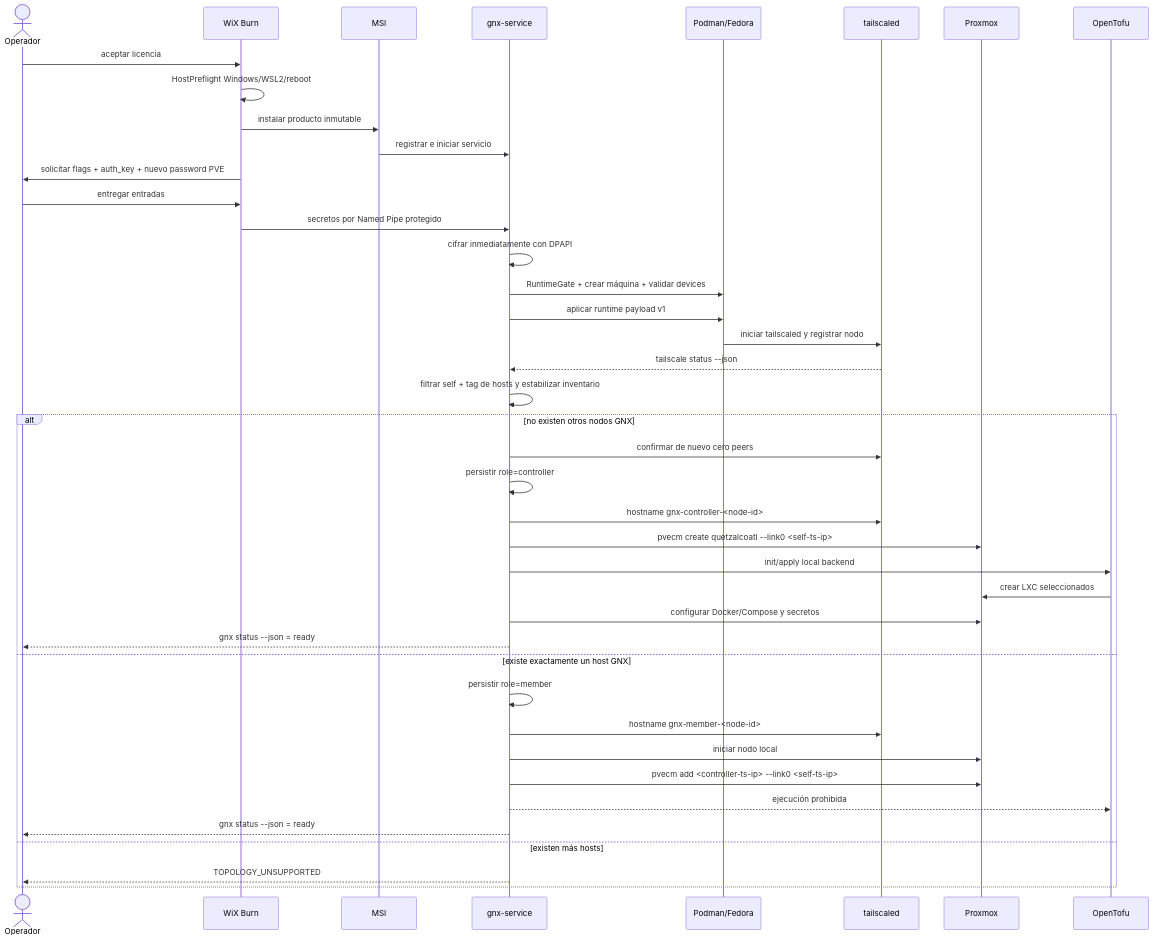
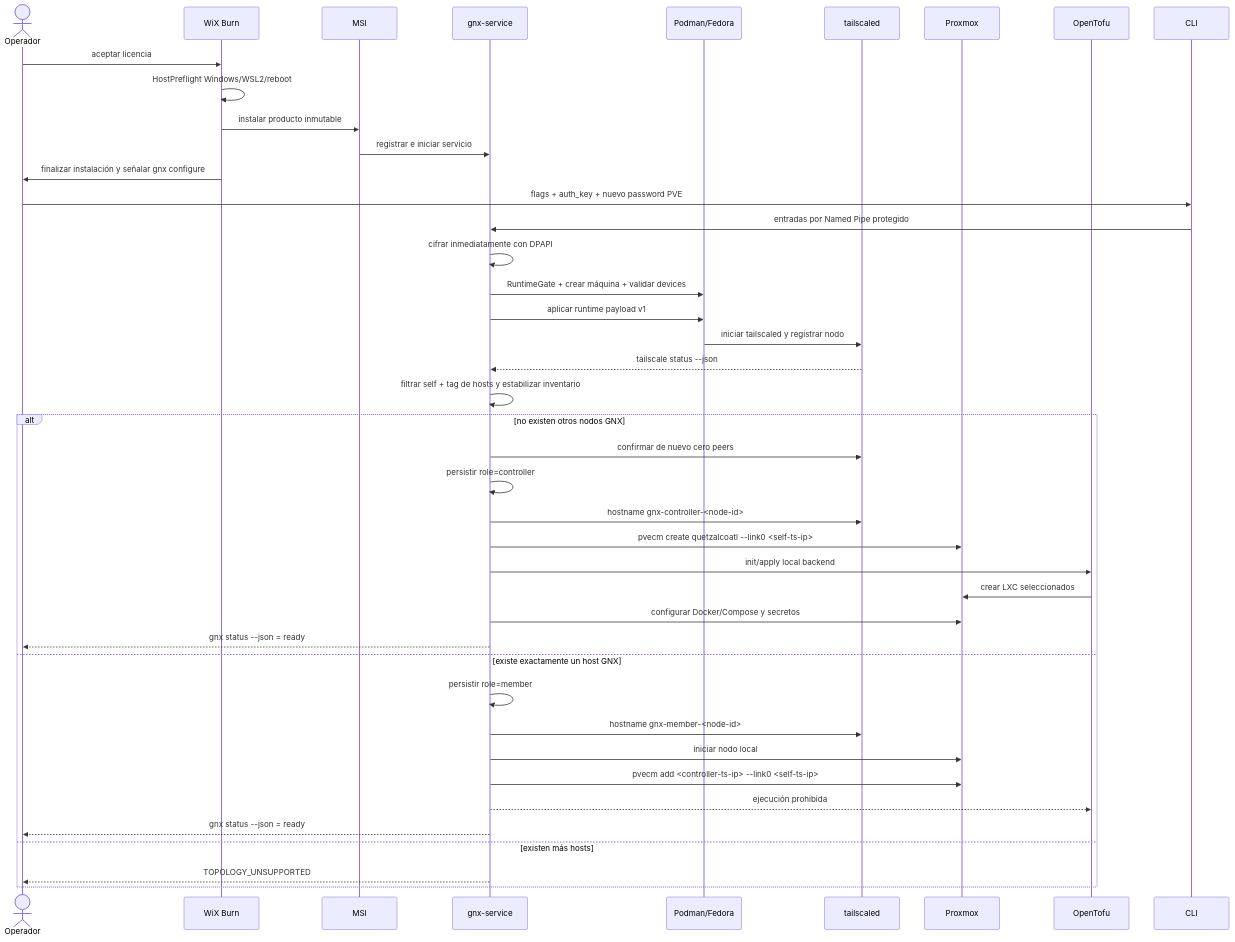
One commit to mayas-alas/quetzalcoatl changed the third of 5 diagrams in docs/ARCHITECTURE.md. Above: the diagram before and after it, drawn with Mermaid. The commit also changed other lines of this file and 1 other file, not shown here.

````diff
--- a/docs/ARCHITECTURE.md
+++ b/docs/ARCHITECTURE.md
@@ -237,45 +237,45 @@
 ```mermaid
 sequenceDiagram
     actor Operator as Operador
     participant Burn as WiX Burn
     participant MSI as MSI
     participant Service as gnx-service
     participant Machine as Podman/Fedora
     participant TS as tailscaled
     participant PVE as Proxmox
     participant Tofu as OpenTofu
 
     Operator->>Burn: aceptar licencia
     Burn->>Burn: HostPreflight Windows/WSL2/reboot
     Burn->>MSI: instalar producto inmutable
     MSI->>Service: registrar e iniciar servicio
-    Burn->>Operator: solicitar flags + auth_key + nuevo password PVE
-    Operator->>Burn: entregar entradas
-    Burn->>Service: secretos por Named Pipe protegido
+    Burn->>Operator: finalizar instalación y señalar gnx configure
+    Operator->>CLI: flags + auth_key + nuevo password PVE
+    CLI->>Service: entradas por Named Pipe protegido
     Service->>Service: cifrar inmediatamente con DPAPI
     Service->>Machine: RuntimeGate + crear máquina + validar devices
     Service->>Machine: aplicar runtime payload v1
     Machine->>TS: iniciar tailscaled y registrar nodo
     TS-->>Service: tailscale status --json
     Service->>Service: filtrar self + tag de hosts y estabilizar inventario
 
     alt no existen otros nodos GNX
         Service->>TS: confirmar de nuevo cero peers
         Service->>Service: persistir role=controller
         Service->>TS: hostname gnx-controller-<node-id>
         Service->>PVE: pvecm create quetzalcoatl --link0 <self-ts-ip>
         Service->>Tofu: init/apply local backend
         Tofu->>PVE: crear LXC seleccionados
         Service->>PVE: configurar Docker/Compose y secretos
         Service-->>Operator: gnx status --json = ready
     else existe exactamente un host GNX
         Service->>Service: persistir role=member
         Service->>TS: hostname gnx-member-<node-id>
         Service->>PVE: iniciar nodo local
         Service->>PVE: pvecm add <controller-ts-ip> --link0 <self-ts-ip>
         Service-->>Tofu: ejecución prohibida
         Service-->>Operator: gnx status --json = ready
     else existen más hosts
         Service-->>Operator: TOPOLOGY_UNSUPPORTED
     end
 ```
````
